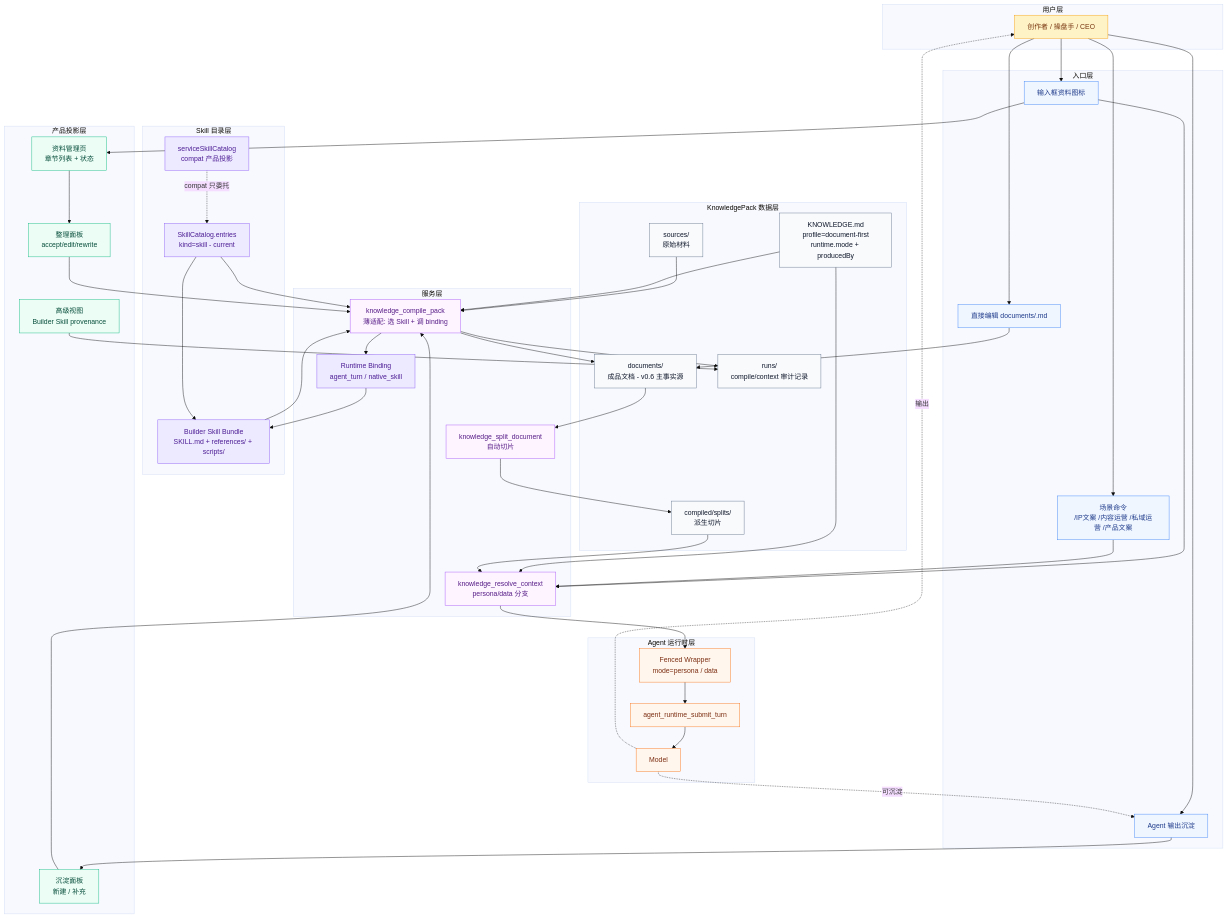
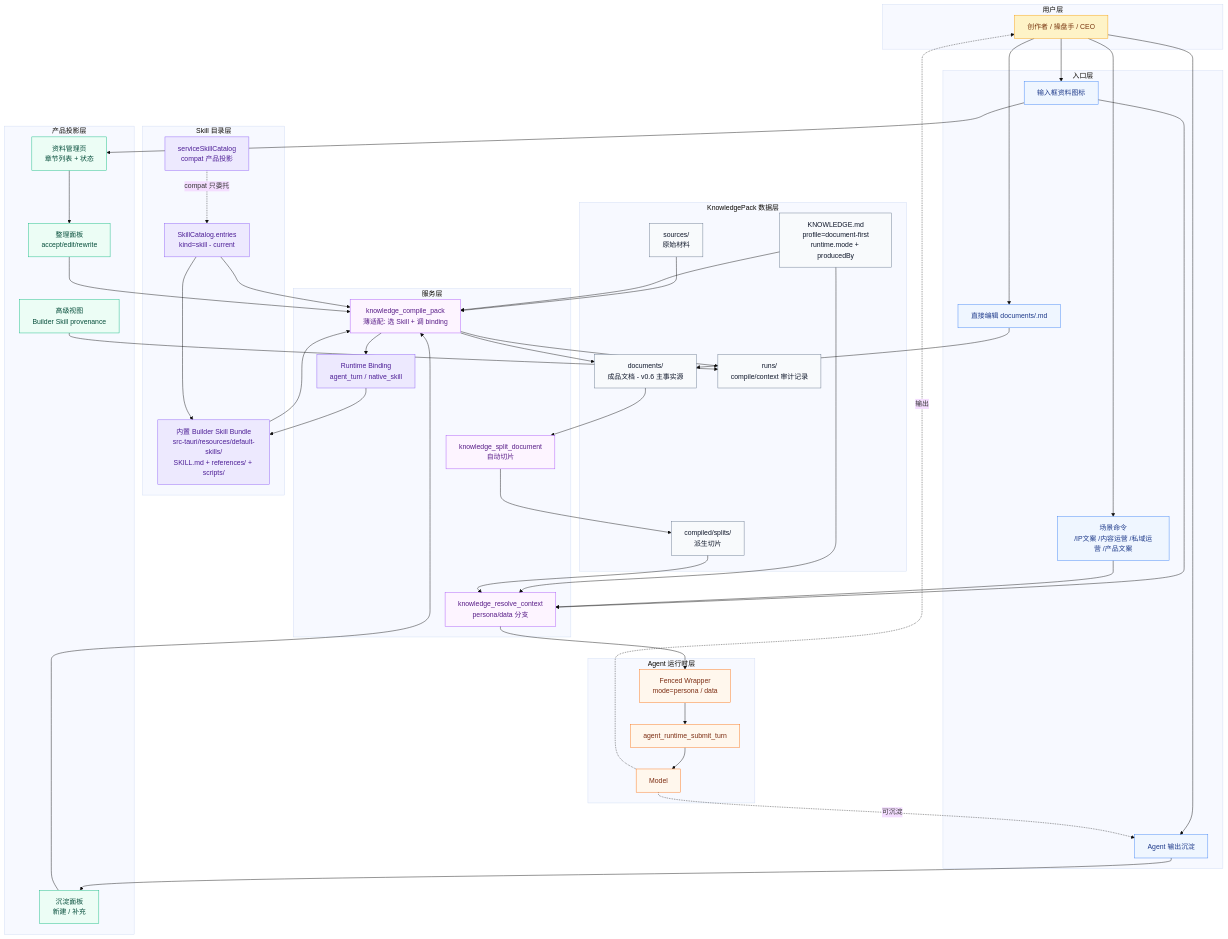
One commit to limecloud/lime changed the first of 14 diagrams in docs/roadmap/knowledge/prd-v2-diagrams.md. Above: the diagram before and after it, drawn with Mermaid (base theme). The commit also changed other lines of this file and 197 other files, not shown here.

```diff
--- a/docs/roadmap/knowledge/prd-v2-diagrams.md
+++ b/docs/roadmap/knowledge/prd-v2-diagrams.md
@@ -39,7 +39,7 @@
   subgraph C[Skill 目录层]
     C1[SkillCatalog.entries<br/>kind=skill - current]
     C2[serviceSkillCatalog<br/>compat 产品投影]
-    C3[Builder Skill Bundle<br/>SKILL.md + references/ + scripts/]
+    C3[内置 Builder Skill Bundle<br/>src-tauri/resources/default-skills/<br/>SKILL.md + references/ + scripts/]
   end
 
   subgraph S[服务层]
```
